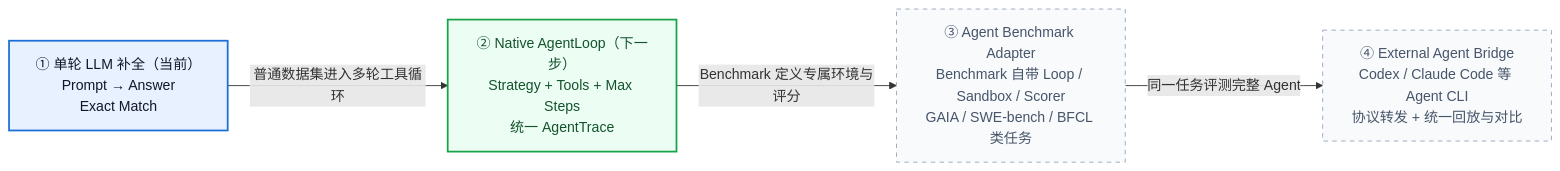
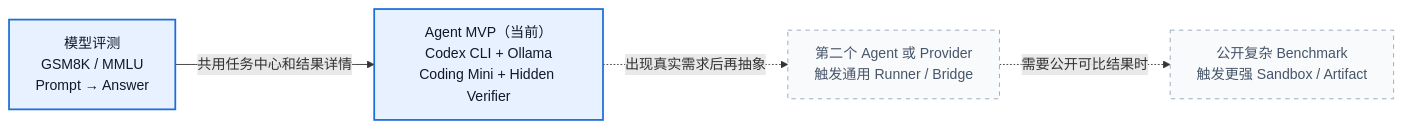
The fifth of 5 diagrams in README.md (NEDONION/evalhub), drawn with Mermaid before and after one commit. The commit also changed other lines of this file and 17 other files, not shown here.

````diff
--- a/README.md
+++ b/README.md
@@ -319,18 +322,16 @@
 ```mermaid
 flowchart LR
-    S1["① 单轮 LLM 补全（当前）<br/>Prompt → Answer<br/>Exact Match"]
-    S2["② Native AgentLoop（下一步）<br/>Strategy + Tools + Max Steps<br/>统一 AgentTrace"]
-    S3["③ Agent Benchmark Adapter<br/>Benchmark 自带 Loop / Sandbox / Scorer<br/>GAIA / SWE-bench / BFCL 类任务"]
-    S4["④ External Agent Bridge<br/>Codex / Claude Code 等 Agent CLI<br/>协议转发 + 统一回放与对比"]
+    S1["模型评测<br/>GSM8K / MMLU<br/>Prompt → Answer"]
+    S2["Agent MVP（当前）<br/>Codex CLI + Ollama<br/>Coding Mini + Hidden Verifier"]
+    S3["第二个 Agent 或 Provider<br/>触发通用 Runner / Bridge"]
+    S4["公开复杂 Benchmark<br/>触发更强 Sandbox / Artifact"]
 
-    S1 -->|"普通数据集进入多轮工具循环"| S2
-    S2 -->|"Benchmark 定义专属环境与评分"| S3
-    S3 -->|"同一任务评测完整 Agent"| S4
+    S1 -->|"共用任务中心和结果详情"| S2
+    S2 -.->|"出现真实需求后再抽象"| S3
+    S3 -.->|"需要公开可比结果时"| S4
 
     classDef current fill:#e8f1ff,stroke:#1d6fd8,color:#111827,stroke-width:2px;
-    classDef next fill:#ecfdf3,stroke:#16a34a,color:#14532d,stroke-width:2px;
     classDef planned fill:#f8fafc,stroke:#94a3b8,color:#475569,stroke-dasharray:5 5;
-    class S1 current;
-    class S2 next;
+    class S1,S2 current;
     class S3,S4 planned;
 ```
````
